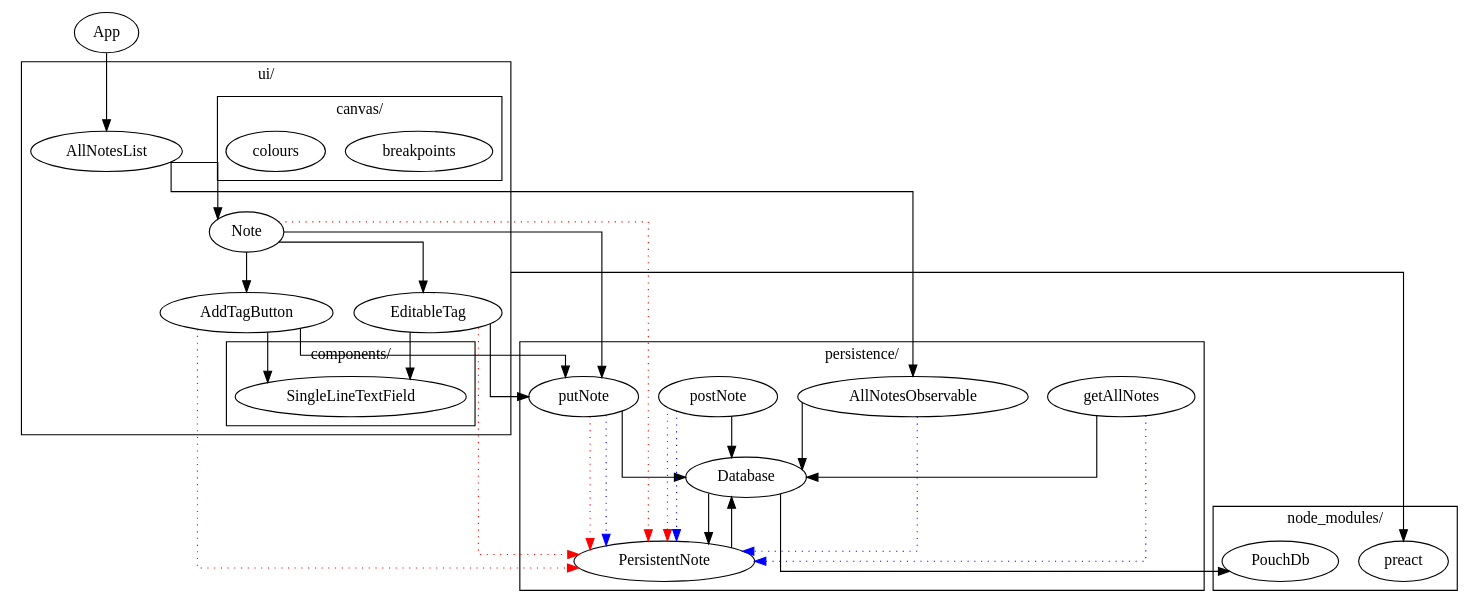
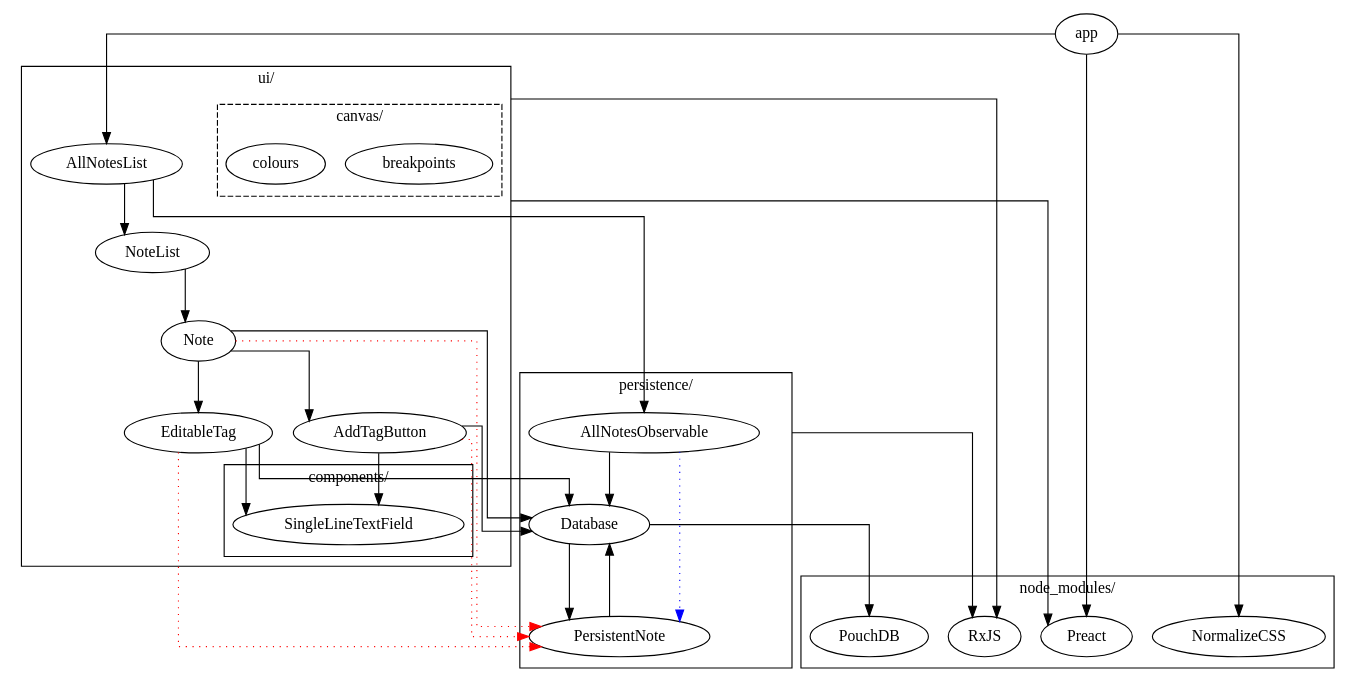
The diagram in doc/notes/2017-12-03.md (wcerfgba/notes), drawn with Graphviz before and after one commit. The commit also changed 35 other files, not shown here.

Commit message:
WIP rearchitecting

````diff
--- a/doc/notes/2017-12-03.md
+++ b/doc/notes/2017-12-03.md
@@ -5,66 +5,69 @@
 ```dot
 digraph v2_deps {
   compound=true
   splines=ortho
+  ratio=0.5
 
   subgraph cluster_vendor {
     label="node_modules/"
 
-    PouchDb
-    preact
+    PouchDB
+    Preact
+    NormalizeCSS
+    RxJS
   }
 
   subgraph cluster_persistence {
     label="persistence/"
+    dummy_persistence                     [shape=point, style=invis]
 
-    Database -> PouchDb
+    dummy_persistence -> RxJS             [ltail=cluster_persistence]
+
+    Database -> PouchDB
     Database -> PersistentNote
     PersistentNote -> Database
-    getAllNotes -> Database
-    getAllNotes -> PersistentNote         [style=dotted, color=blue]
-    putNote -> PersistentNote             [style=dotted, color=red]
-    putNote -> Database
-    putNote -> PersistentNote             [style=dotted, color=blue]
-    postNote -> PersistentNote            [style=dotted, color=red]
-    postNote -> Database
-    postNote -> PersistentNote            [style=dotted, color=blue]
     AllNotesObservable -> Database
     AllNotesObservable -> PersistentNote  [style=dotted, color=blue]
   }
 
   subgraph cluster_ui {
     label="ui/"
     dummy_ui                              [shape=point, style=invis]
-    dummy_ui -> preact                    [ltail=cluster_ui]
+
+    dummy_ui -> Preact                    [ltail=cluster_ui]
+    dummy_ui -> RxJS                      [ltail=cluster_ui]
 
     Note -> PersistentNote                [style=dotted, color=red]
-    Note -> putNote
+    Note -> Database
     Note -> AddTagButton
     Note -> EditableTag
     AddTagButton -> PersistentNote        [style=dotted, color=red]
-    AddTagButton -> putNote
+    AddTagButton -> Database
     AddTagButton -> SingleLineTextField
     EditableTag -> PersistentNote         [style=dotted, color=red]
-    EditableTag -> putNote
+    EditableTag -> Database
     EditableTag -> SingleLineTextField
-    AllNotesList -> Note
+    AllNotesList -> NoteList
     AllNotesList -> AllNotesObservable
+    NoteList -> Note
 
     subgraph cluster_ui_components {
       label="components/"
 
       SingleLineTextField
     }
 
     subgraph cluster_ui_canvas {
       label="canvas/"
+      style=dashed
 
       breakpoints
       colours
     }
   }
 
-  App
-  App -> AllNotesList
+  app -> Preact
+  app -> AllNotesList
+  app -> NormalizeCSS
 }
 ```
````
